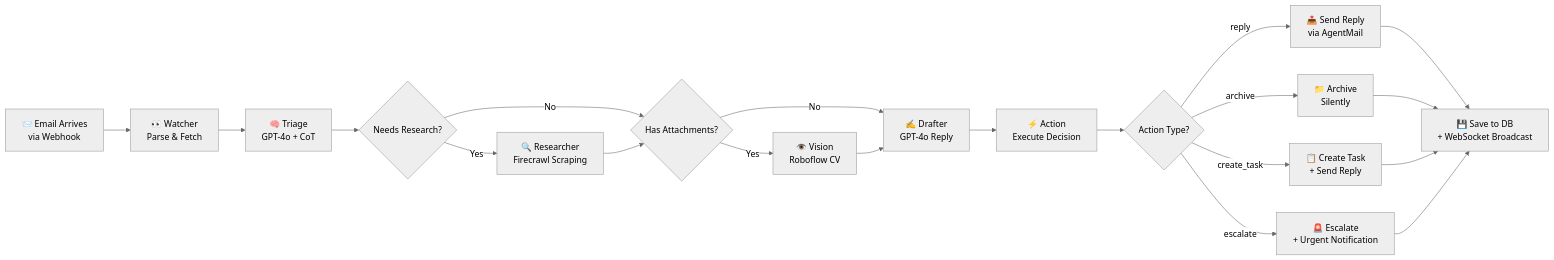
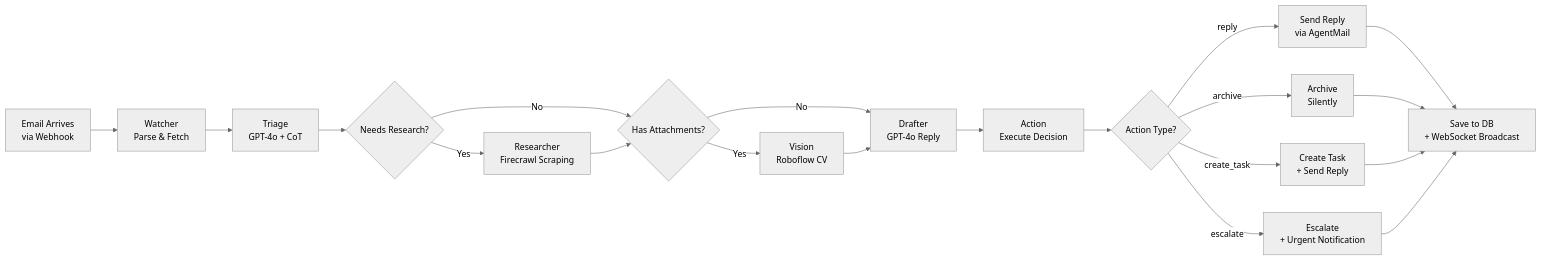
One commit to dhiraj-143r/srish_dhi changed the second of 3 diagrams in inbox-pilot/README.md. Above: the diagram before and after it, drawn with Mermaid (neutral theme). The commit also changed other lines of this file, not shown here.

````diff
--- a/inbox-pilot/README.md
+++ b/inbox-pilot/README.md
@@ -59,22 +59,22 @@
 ```mermaid
 graph LR
-    A["📨 Email Arrives<br/>via Webhook"] --> B["👀 Watcher<br/>Parse & Fetch"]
-    B --> C["🧠 Triage<br/>GPT-4o + CoT"]
-    C --> D{Needs Research?}
-    D -->|Yes| E["🔍 Researcher<br/>Firecrawl Scraping"]
-    D -->|No| F{Has Attachments?}
-    E --> F
-    F -->|Yes| G["👁️ Vision<br/>Roboflow CV"]
-    F -->|No| H["✍️ Drafter<br/>GPT-4o Reply"]
-    G --> H
-    H --> I["⚡ Action<br/>Execute Decision"]
-    I --> J{Action Type?}
-    J -->|reply| K["📤 Send Reply<br/>via AgentMail"]
-    J -->|archive| L["📁 Archive<br/>Silently"]
-    J -->|create_task| M["📋 Create Task<br/>+ Send Reply"]
-    J -->|escalate| N["🚨 Escalate<br/>+ Urgent Notification"]
-    K --> O["💾 Save to DB<br/>+ WebSocket Broadcast"]
-    L --> O
-    M --> O
-    N --> O
+ A[" Email Arrives<br/>via Webhook"] --> B[" Watcher<br/>Parse & Fetch"]
+ B --> C[" Triage<br/>GPT-4o + CoT"]
+ C --> D{Needs Research?}
+ D -->|Yes| E[" Researcher<br/>Firecrawl Scraping"]
+ D -->|No| F{Has Attachments?}
+ E --> F
+ F -->|Yes| G[" Vision<br/>Roboflow CV"]
+ F -->|No| H[" Drafter<br/>GPT-4o Reply"]
+ G --> H
+ H --> I[" Action<br/>Execute Decision"]
+ I --> J{Action Type?}
+ J -->|reply| K[" Send Reply<br/>via AgentMail"]
+ J -->|archive| L[" Archive<br/>Silently"]
+ J -->|create_task| M[" Create Task<br/>+ Send Reply"]
+ J -->|escalate| N[" Escalate<br/>+ Urgent Notification"]
+ K --> O[" Save to DB<br/>+ WebSocket Broadcast"]
+ L --> O
+ M --> O
+ N --> O
 ```
````
